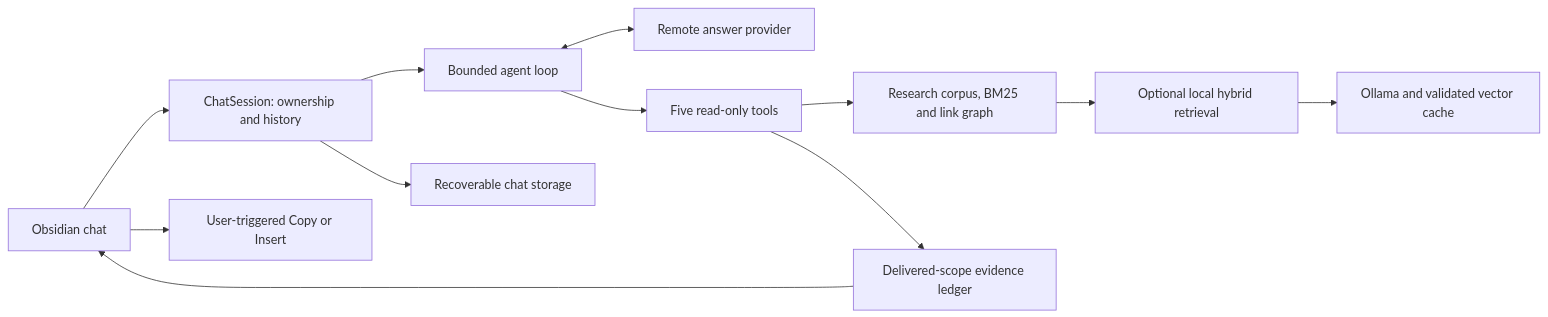
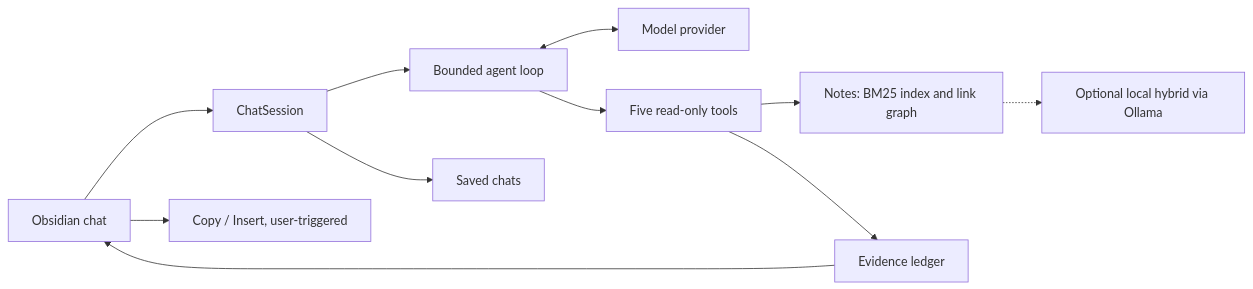
The diagram in README.md (daniellaah/zettel-agent), drawn with Mermaid before and after one commit. The commit also changed other lines of this file and 21 other files, not shown here.

````diff
--- a/README.md
+++ b/README.md
@@ -143,14 +79,13 @@
 ```mermaid
 flowchart LR
-  UI[Obsidian chat] --> S[ChatSession: ownership and history]
+  UI[Obsidian chat] --> S[ChatSession]
   S --> A[Bounded agent loop]
-  A <--> M[Remote answer provider]
+  A <--> M[Model provider]
   A --> T[Five read-only tools]
-  T --> C[Research corpus, BM25 and link graph]
-  T --> E[Delivered-scope evidence ledger]
+  T --> C[Notes: BM25 index and link graph]
+  T --> E[Evidence ledger]
   E --> UI
-  C --> H[Optional local hybrid retrieval]
-  H --> O[Ollama and validated vector cache]
-  S --> P[Recoverable chat storage]
-  UI --> W[User-triggered Copy or Insert]
+  C -.-> H[Optional local hybrid via Ollama]
+  S --> P[Saved chats]
+  UI --> W[Copy / Insert, user-triggered]
 ```
````
